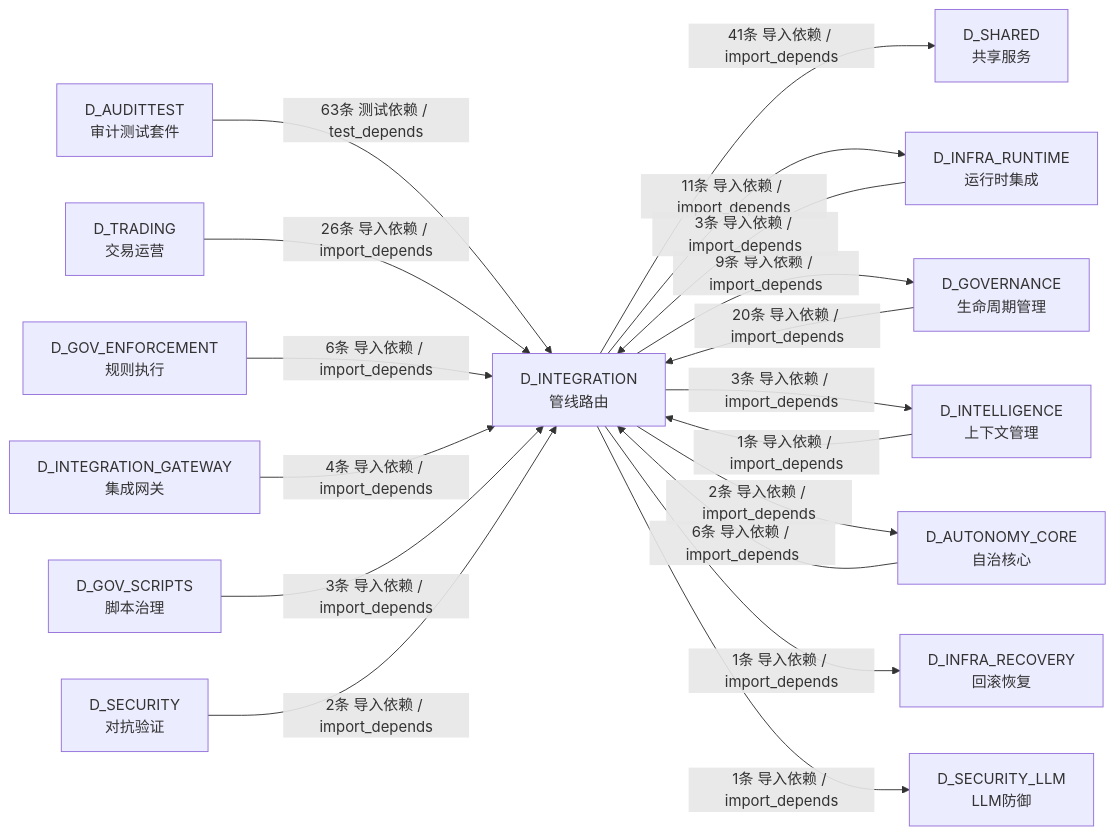
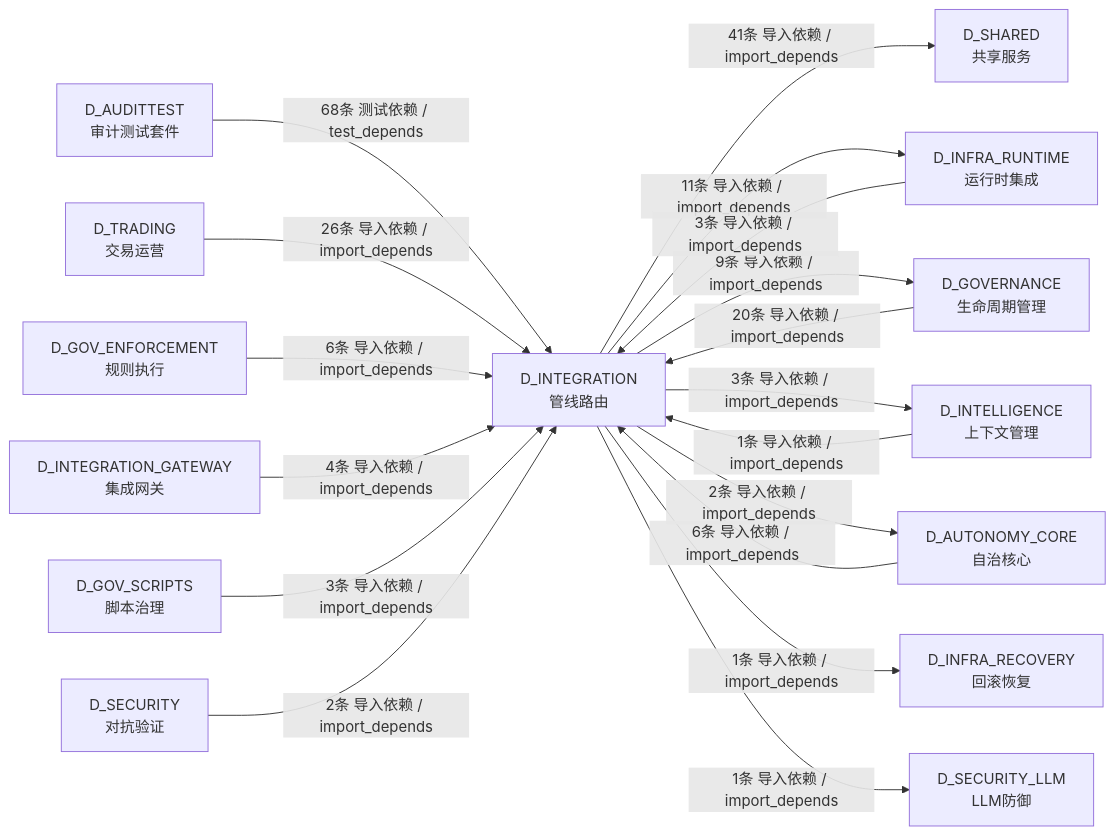
The sixth of 6 diagrams in docs/02_enterprise_architecture/02_domain_architecture_docs/12_d_integration.md (xuanFelixVan/ZephyrAlpha), drawn with Mermaid before and after one commit. The commit also changed other lines of this file and 100 other files, not shown here.

````diff
--- a/docs/02_enterprise_architecture/02_domain_architecture_docs/12_d_integration.md
+++ b/docs/02_enterprise_architecture/02_domain_architecture_docs/12_d_integration.md
@@ -833,34 +835,34 @@
 ```mermaid
 graph LR
     D_INTEGRATION["D_INTEGRATION<br/>管线路由"]
     D_SHARED["D_SHARED<br/>共享服务"]
     D_INFRA_RUNTIME["D_INFRA_RUNTIME<br/>运行时集成"]
     D_GOVERNANCE["D_GOVERNANCE<br/>生命周期管理"]
     D_INTELLIGENCE["D_INTELLIGENCE<br/>上下文管理"]
     D_AUTONOMY_CORE["D_AUTONOMY_CORE<br/>自治核心"]
     D_INFRA_RECOVERY["D_INFRA_RECOVERY<br/>回滚恢复"]
     D_SECURITY_LLM["D_SECURITY_LLM<br/>LLM防御"]
     D_AUDITTEST["D_AUDITTEST<br/>审计测试套件"]
     D_TRADING["D_TRADING<br/>交易运营"]
     D_GOV_ENFORCEMENT["D_GOV_ENFORCEMENT<br/>规则执行"]
     D_INTEGRATION_GATEWAY["D_INTEGRATION_GATEWAY<br/>集成网关"]
     D_GOV_SCRIPTS["D_GOV_SCRIPTS<br/>脚本治理"]
     D_SECURITY["D_SECURITY<br/>对抗验证"]
     D_INTEGRATION -->|41条 导入依赖 / import_depends| D_SHARED
     D_INTEGRATION -->|11条 导入依赖 / import_depends| D_INFRA_RUNTIME
     D_INTEGRATION -->|9条 导入依赖 / import_depends| D_GOVERNANCE
     D_INTEGRATION -->|3条 导入依赖 / import_depends| D_INTELLIGENCE
     D_INTEGRATION -->|2条 导入依赖 / import_depends| D_AUTONOMY_CORE
     D_INTEGRATION -->|1条 导入依赖 / import_depends| D_INFRA_RECOVERY
     D_INTEGRATION -->|1条 导入依赖 / import_depends| D_SECURITY_LLM
-    D_AUDITTEST -->|63条 测试依赖 / test_depends| D_INTEGRATION
+    D_AUDITTEST -->|68条 测试依赖 / test_depends| D_INTEGRATION
     D_TRADING -->|26条 导入依赖 / import_depends| D_INTEGRATION
     D_GOVERNANCE -->|20条 导入依赖 / import_depends| D_INTEGRATION
     D_GOV_ENFORCEMENT -->|6条 导入依赖 / import_depends| D_INTEGRATION
     D_AUTONOMY_CORE -->|6条 导入依赖 / import_depends| D_INTEGRATION
     D_INTEGRATION_GATEWAY -->|4条 导入依赖 / import_depends| D_INTEGRATION
     D_INFRA_RUNTIME -->|3条 导入依赖 / import_depends| D_INTEGRATION
     D_GOV_SCRIPTS -->|3条 导入依赖 / import_depends| D_INTEGRATION
     D_SECURITY -->|2条 导入依赖 / import_depends| D_INTEGRATION
     D_INTELLIGENCE -->|1条 导入依赖 / import_depends| D_INTEGRATION
 ```
````
